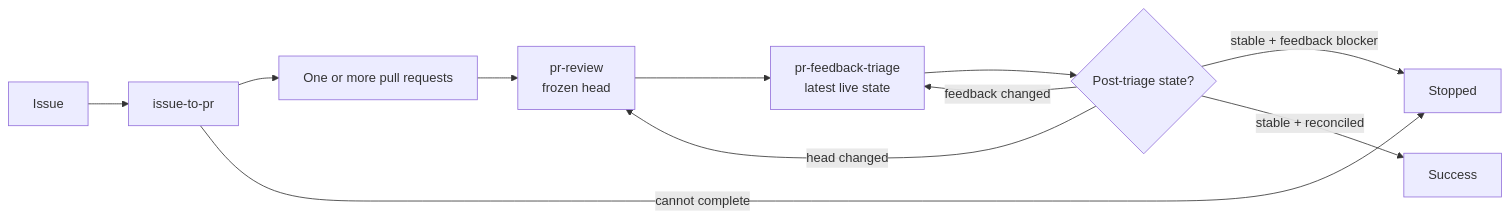
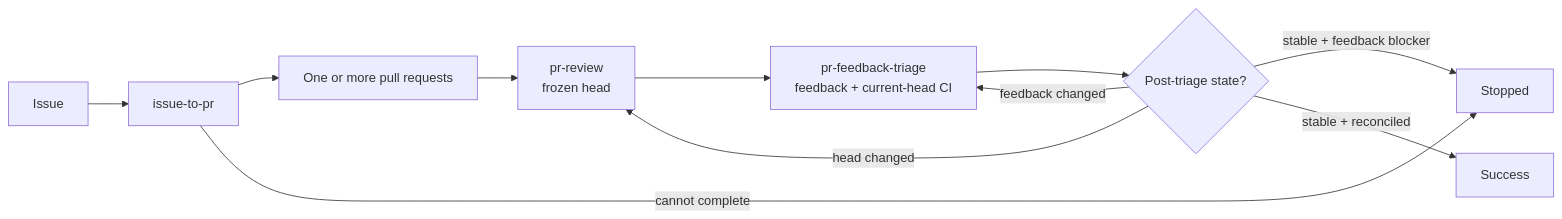
One commit to dceoy/pr-loop changed the diagram in README.md. Above: the diagram before and after it, drawn with Mermaid. The commit also changed other lines of this file and 4 other files, not shown here.

First line of the commit message:
feat: repair failed current-head CI during PR feedback triage (#55)

````diff
--- a/README.md
+++ b/README.md
@@ -16,12 +16,12 @@
 ```mermaid
 flowchart LR
   I[Issue] --> P[issue-to-pr] --> PR[One or more pull requests]
   PR --> R[pr-review<br/>frozen head]
-  R --> F[pr-feedback-triage<br/>latest live state]
+  R --> F[pr-feedback-triage<br/>feedback + current-head CI]
   F --> D{Post-triage state?}
   D -->|head changed| R
   D -->|feedback changed| F
   D -->|stable + feedback blocker| X[Stopped]
   D -->|stable + reconciled| S[Success]
   P -->|cannot complete| X
 ```
````
